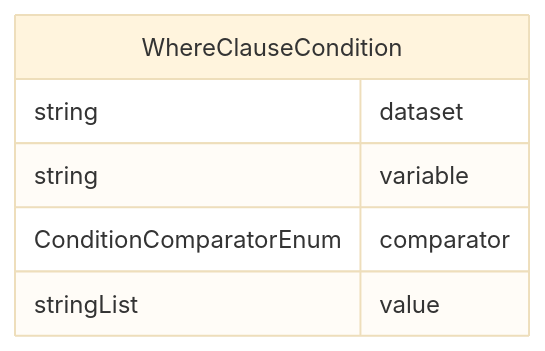
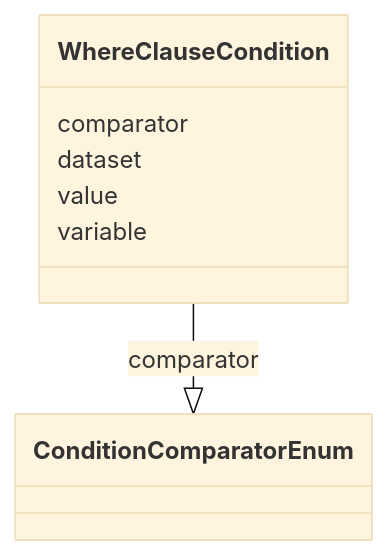
Before and after one commit to cdisc-org/analysis-results-standard: the diagram in project/docs/WhereClauseCondition.md, drawn with Mermaid (base theme). The commit also changed 256 other files, not shown here.

Commit message:
Documentation diagrams

````diff
--- a/project/docs/WhereClauseCondition.md
+++ b/project/docs/WhereClauseCondition.md
@@ -13,12 +15,15 @@
 ```mermaid
-erDiagram
-WhereClauseCondition {
-    string dataset  
-    string variable  
-    ConditionComparatorEnum comparator  
-    stringList value  
-}
-
-
-
+ classDiagram
+    class WhereClauseCondition
+      WhereClauseCondition : comparator
+        
+          WhereClauseCondition --|> ConditionComparatorEnum : comparator
+        
+      WhereClauseCondition : dataset
+        
+      WhereClauseCondition : value
+        
+      WhereClauseCondition : variable
+        
+      
 ```
````
